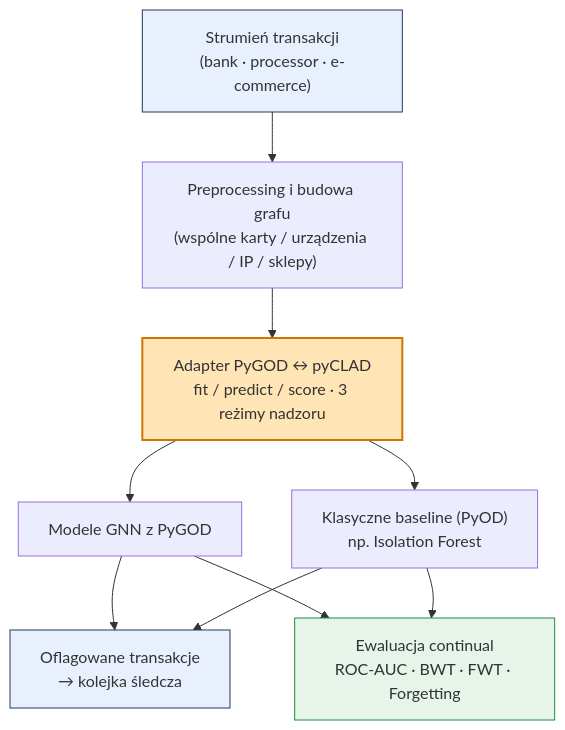
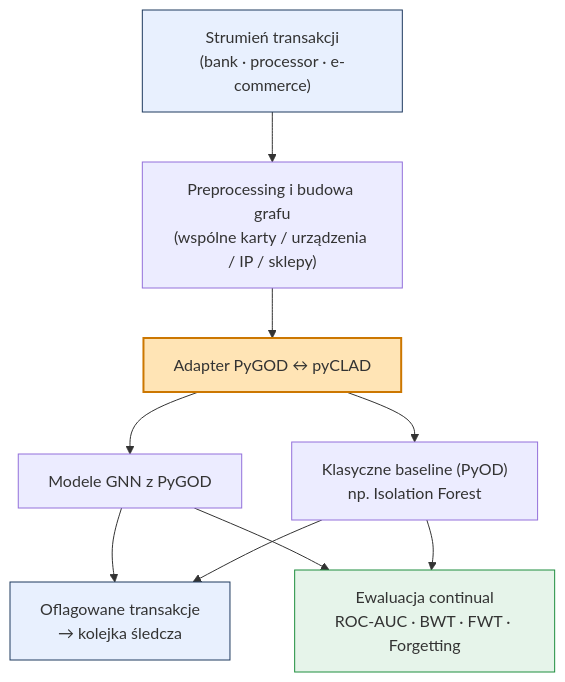
One commit to franciszekjob/continual-graph-fraud-detection changed the diagram in README.md. Above: the diagram before and after it, drawn with Mermaid.

````diff
--- a/README.md
+++ b/README.md
@@ -64,26 +64,26 @@
 ```mermaid
 flowchart TD
     S["Strumień transakcji<br/>(bank · processor · e-commerce)"]
     A["Preprocessing i budowa grafu<br/>(wspólne karty / urządzenia / IP / sklepy)"]
-    D["Adapter PyGOD ↔ pyCLAD<br/>fit / predict / score · 3 reżimy nadzoru"]
+    D["Adapter PyGOD ↔ pyCLAD"]
     E["Modele GNN z PyGOD"]
     F["Klasyczne baseline (PyOD)<br/>np. Isolation Forest"]
     G["Oflagowane transakcje<br/>→ kolejka śledcza"]
     H["Ewaluacja continual<br/>ROC-AUC · BWT · FWT · Forgetting"]
 
     S --> A
     A --> D
     D --> E
     D --> F
     E --> G
     F --> G
     E --> H
     F --> H
 
     classDef adapter fill:#ffe4b5,stroke:#cc7700,stroke-width:2px;
     classDef io fill:#e8f0fe,stroke:#1f3a5f;
     classDef eval fill:#e6f4ea,stroke:#1e8e3e;
     class D adapter;
     class S,G io;
     class H eval;
 ```
````
